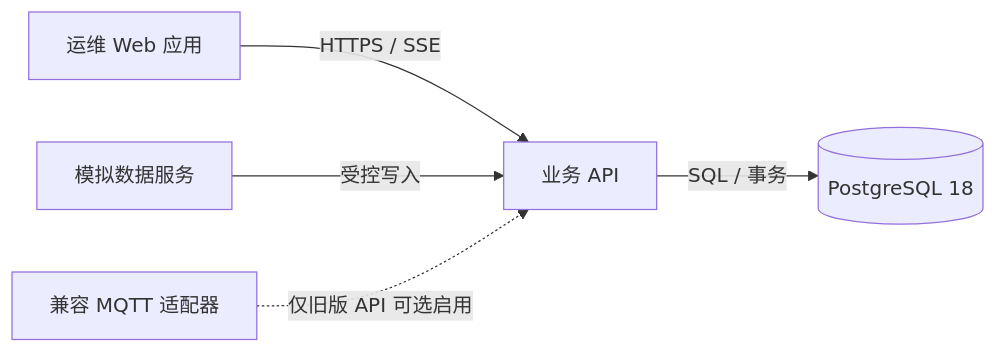
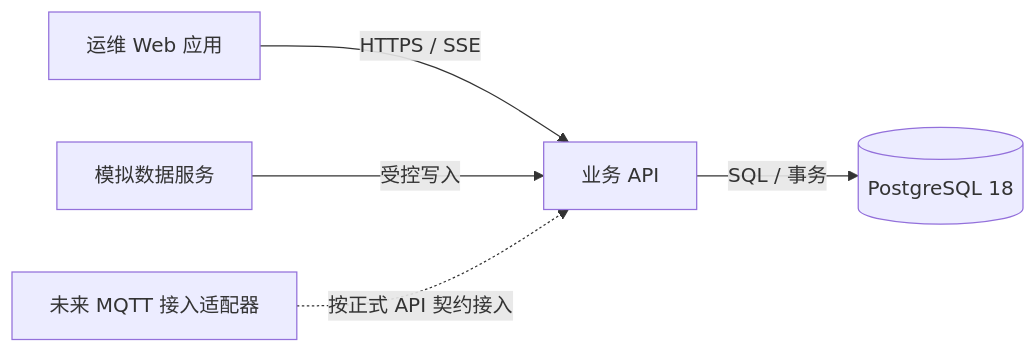
One commit to x1ng-chen/utility-tunnel-digital-twin changed the diagram in docs/软件企业级架构与数据设计.md. Above: the diagram before and after it, drawn with Mermaid. The commit also changed other lines of this file and 63 other files, not shown here.

````diff
--- a/docs/软件企业级架构与数据设计.md
+++ b/docs/软件企业级架构与数据设计.md
@@ -9,7 +9,7 @@
 ```mermaid
 flowchart LR
     Web[运维 Web 应用] -->|HTTPS / SSE| API[业务 API]
     API -->|SQL / 事务| DB[(PostgreSQL 18)]
     Simulator[模拟数据服务] -->|受控写入| API
-    Adapter[兼容 MQTT 适配器] -. 仅旧版 API 可选启用 .-> API
+    Adapter[未来 MQTT 接入适配器] -. 按正式 API 契约接入 .-> API
 ```
````
